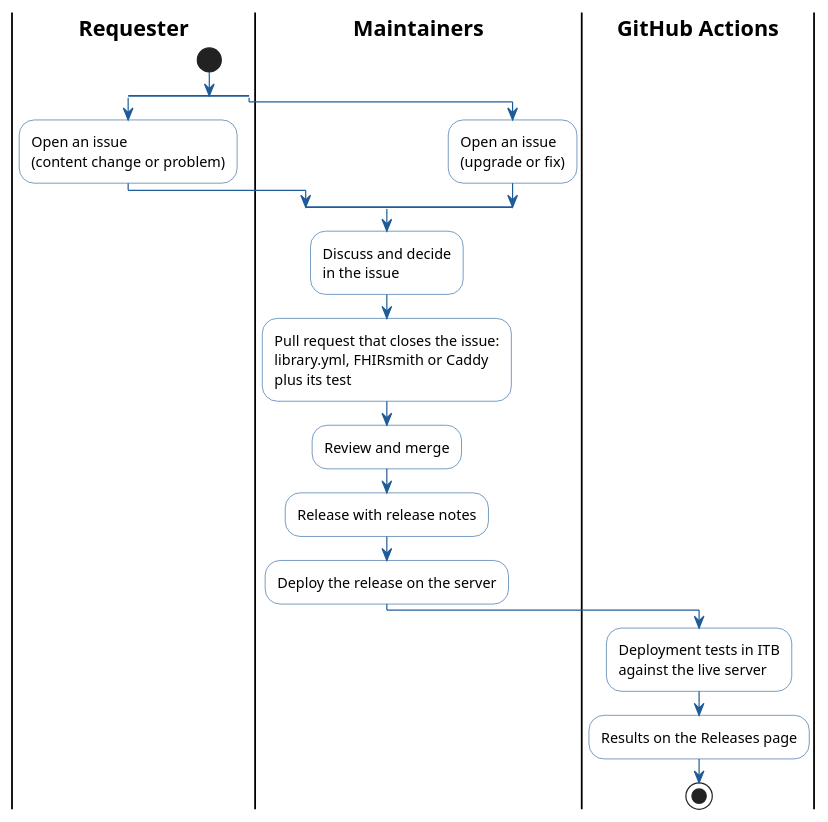
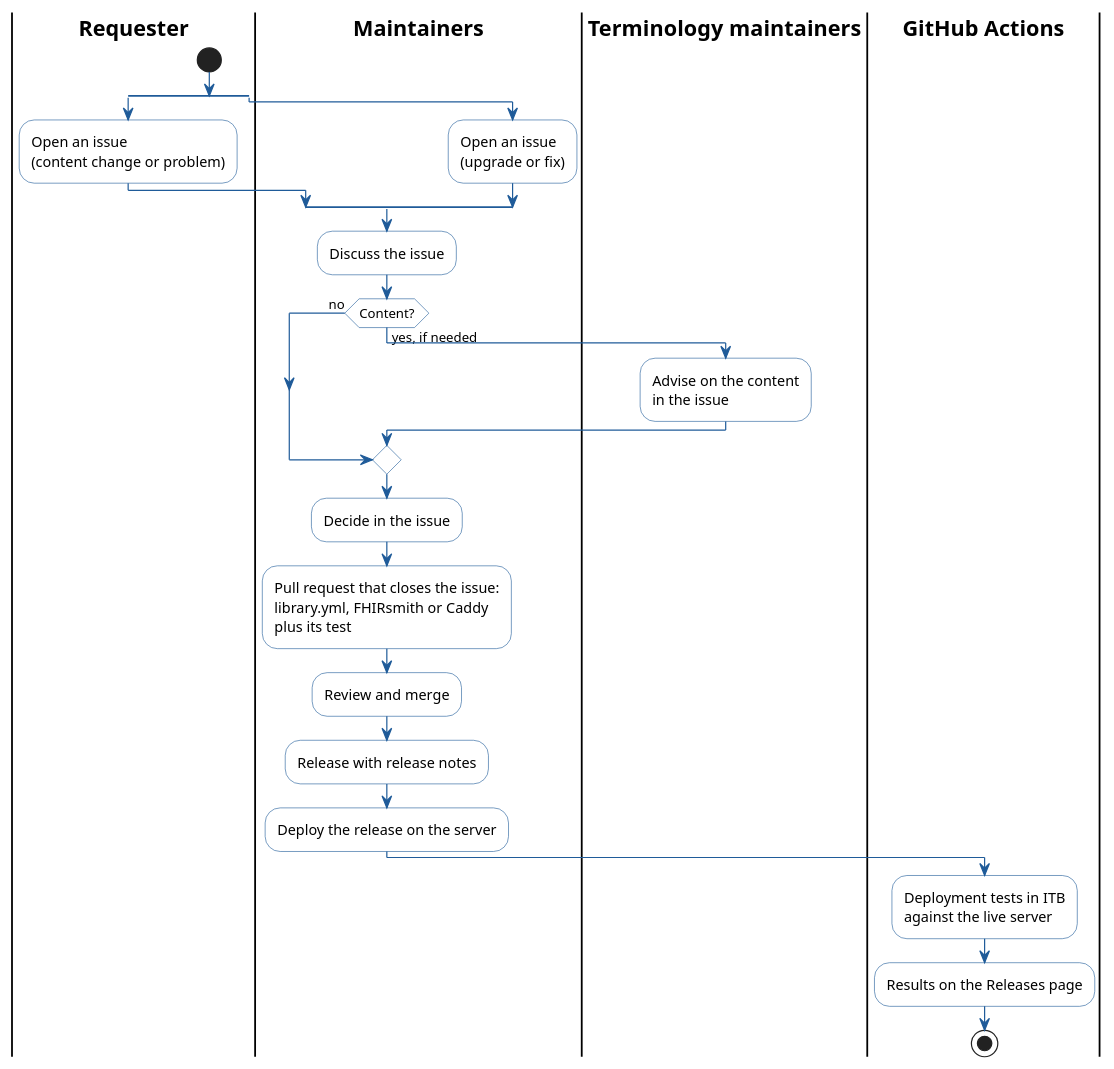
One commit to hl7-eu/tx.hl7europe.eu changed the diagram in docs/index.md. Above: the diagram before and after it, drawn with PlantUML. The commit also changed 1 other file, not shown here.

Commit message:
Content requests: maintainers may call on the terminology maintainers
The diagram and the Requesting a change page show the optional advice from
the terminology maintainers before the decision.

Refs #10, #11

```diff
--- a/docs/index.md
+++ b/docs/index.md
@@ -25,32 +25,43 @@
 @startuml
 skinparam shadowing false
 skinparam defaultFontName Arial
 skinparam ActivityBackgroundColor #FFFFFF
 skinparam ActivityBorderColor #1F5B99
 skinparam ArrowColor #1F5B99
 skinparam SwimlaneTitleFontStyle bold
+|Requester|
+|Maintainers|
+|Terminology maintainers|
+|GitHub Actions|
 |Requester|
 start
 split
   :Open an issue
   (content change or problem);
 split again
   |Maintainers|
   :Open an issue
   (upgrade or fix);
 end split
 |Maintainers|
-:Discuss and decide
-in the issue;
+:Discuss the issue;
+if (Content?) then (yes, if needed)
+  |Terminology maintainers|
+  :Advise on the content
+  in the issue;
+  |Maintainers|
+else (no)
+endif
+:Decide in the issue;
 :Pull request that closes the issue:
 library.yml, FHIRsmith or Caddy
 plus its test;
 :Review and merge;
 :Release with release notes;
 :Deploy the release on the server;
 |GitHub Actions|
 :Deployment tests in ITB
 against the live server;
 :Results on the Releases page;
 stop
 @enduml
```
